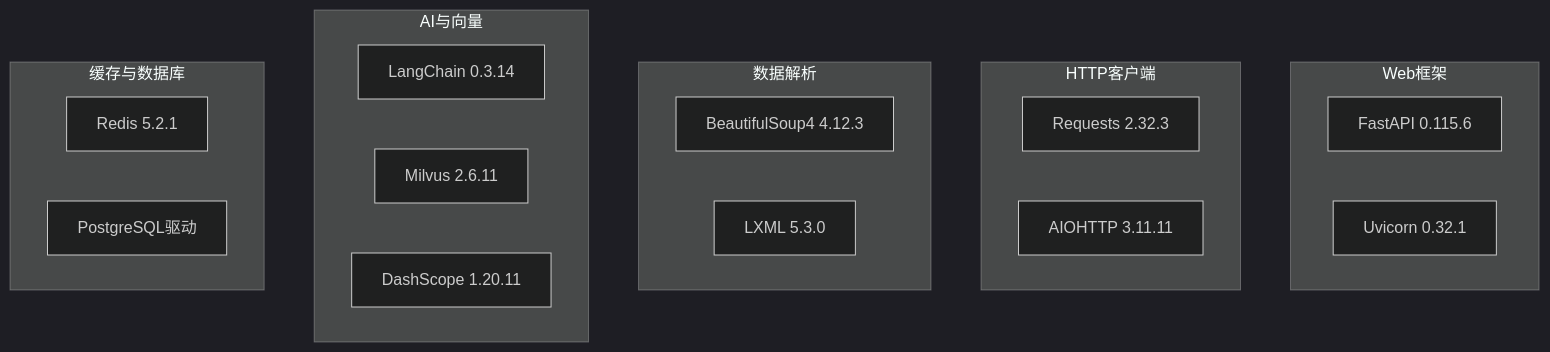
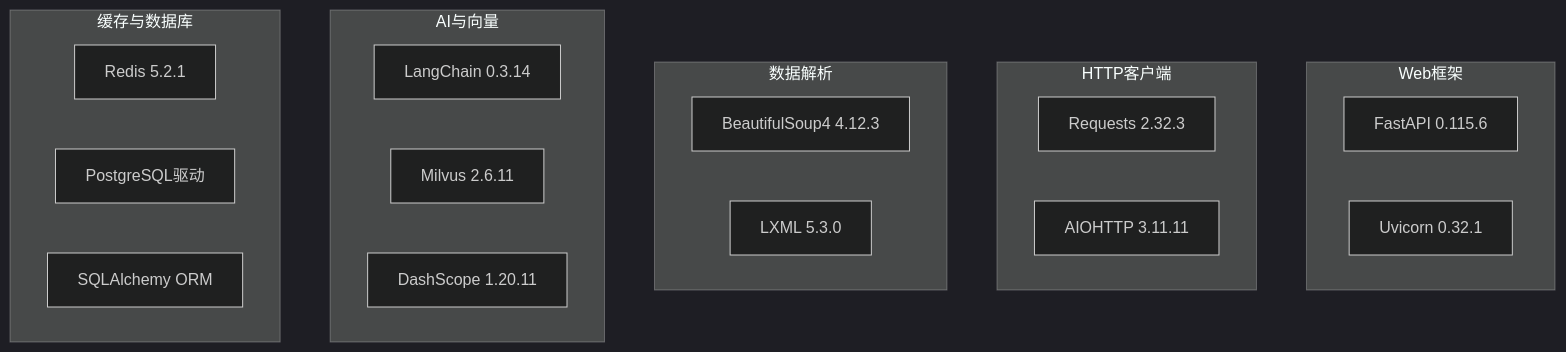
Before and after one commit to ghbbn053-ship-itsoulddog/soulddog: the fifth of 6 diagrams in .qoder/repowiki/zh/content/后端API文档/后端API文档.md, drawn with Mermaid (dark theme). The commit also changed other lines of this file and 8 other files, not shown here.

````diff
--- a/.qoder/repowiki/zh/content/后端API文档/后端API文档.md
+++ b/.qoder/repowiki/zh/content/后端API文档/后端API文档.md
@@ -347,24 +398,25 @@
 ```mermaid
 graph TB
 subgraph "Web框架"
 FastAPI[FastAPI 0.115.6]
 Uvicorn[Uvicorn 0.32.1]
 end
 subgraph "HTTP客户端"
 Requests[Requests 2.32.3]
 AIOHTTP[AIOHTTP 3.11.11]
 end
 subgraph "数据解析"
 BeautifulSoup[BeautifulSoup4 4.12.3]
 LXML[LXML 5.3.0]
 end
 subgraph "AI与向量"
 LangChain[LangChain 0.3.14]
 Milvus[Milvus 2.6.11]
 DashScope[DashScope 1.20.11]
 end
 subgraph "缓存与数据库"
 Redis[Redis 5.2.1]
 PostgreSQL[PostgreSQL驱动]
+SQLAlchemy[SQLAlchemy ORM]
 end
 ```
````
